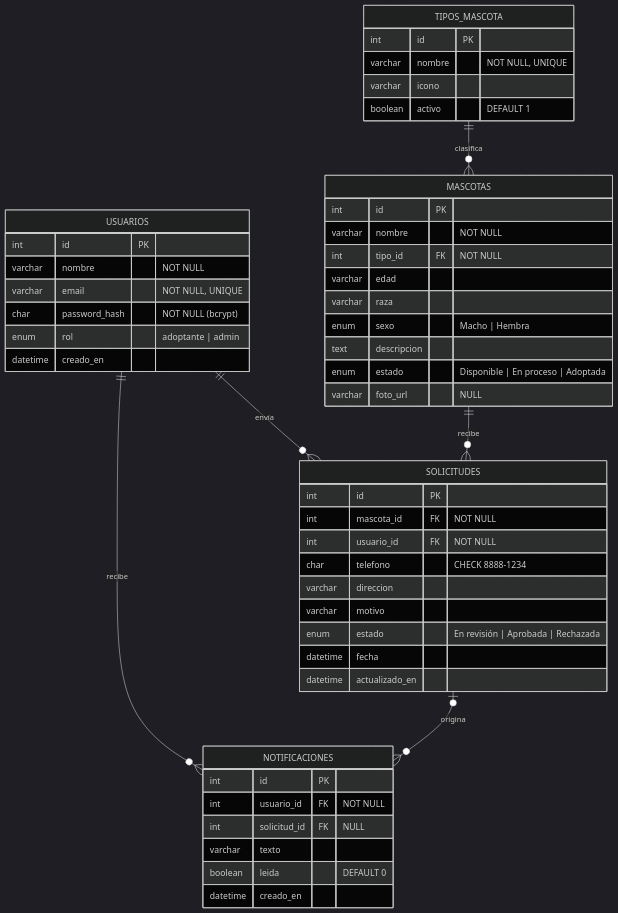
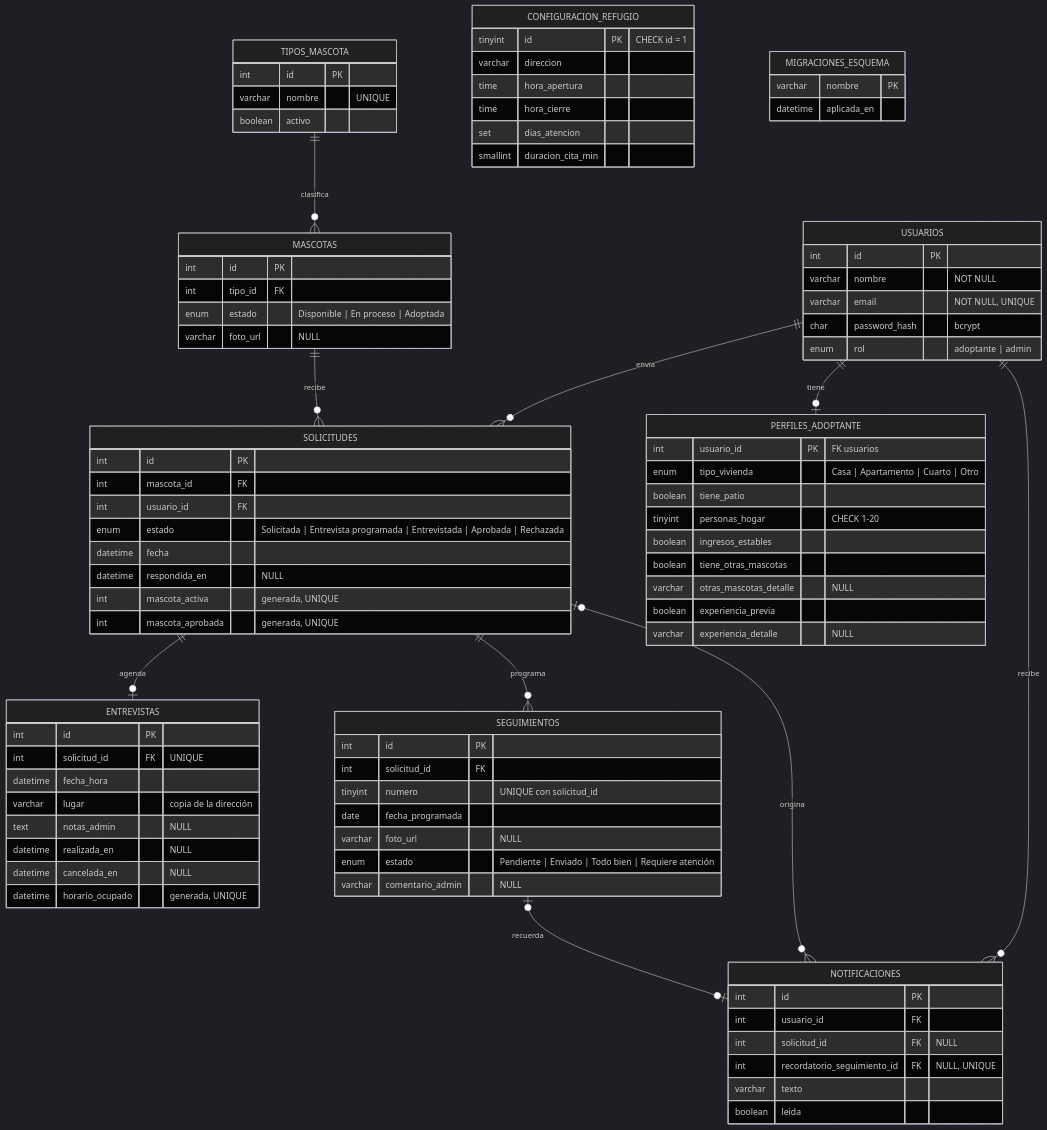
One commit to melanie05code/patitas-conectadas changed the diagram in docs/05_base_datos.md. Above: the diagram before and after it, drawn with Mermaid (dark theme). The commit also changed other lines of this file, not shown here.

Commit message:
docs: se actualizó la base de datos con el diagrama, el diccionario de datos y las transacciones

````diff
--- a/docs/05_base_datos.md
+++ b/docs/05_base_datos.md
@@ -12,53 +14,91 @@
 ```mermaid
 erDiagram
     USUARIOS ||--o{ SOLICITUDES : "envía"
+    USUARIOS ||--o| PERFILES_ADOPTANTE : "tiene"
     MASCOTAS ||--o{ SOLICITUDES : "recibe"
     TIPOS_MASCOTA ||--o{ MASCOTAS : "clasifica"
+    SOLICITUDES ||--o| ENTREVISTAS : "agenda"
+    SOLICITUDES ||--o{ SEGUIMIENTOS : "programa"
     USUARIOS ||--o{ NOTIFICACIONES : "recibe"
     SOLICITUDES |o--o{ NOTIFICACIONES : "origina"
+    SEGUIMIENTOS |o--o| NOTIFICACIONES : "recuerda"
 
     USUARIOS {
         int id PK
         varchar nombre "NOT NULL"
         varchar email "NOT NULL, UNIQUE"
-        char password_hash "NOT NULL (bcrypt)"
+        char password_hash "bcrypt"
         enum rol "adoptante | admin"
-        datetime creado_en
+    }
+    PERFILES_ADOPTANTE {
+        int usuario_id PK "FK usuarios"
+        enum tipo_vivienda "Casa | Apartamento | Cuarto | Otro"
+        boolean tiene_patio
+        tinyint personas_hogar "CHECK 1-20"
+        boolean ingresos_estables
+        boolean tiene_otras_mascotas
+        varchar otras_mascotas_detalle "NULL"
+        boolean experiencia_previa
+        varchar experiencia_detalle "NULL"
     }
     TIPOS_MASCOTA {
         int id PK
-        varchar nombre "NOT NULL, UNIQUE"
-        varchar icono
-        boolean activo "DEFAULT 1"
+        varchar nombre "UNIQUE"
+        boolean activo
     }
     MASCOTAS {
         int id PK
-        varchar nombre "NOT NULL"
-        int tipo_id FK "NOT NULL"
-        varchar edad
-        varchar raza
-        enum sexo "Macho | Hembra"
-        text descripcion
+        int tipo_id FK
         enum estado "Disponible | En proceso | Adoptada"
         varchar foto_url "NULL"
     }
     SOLICITUDES {
         int id PK
-        int mascota_id FK "NOT NULL"
-        int usuario_id FK "NOT NULL"
-        char telefono "CHECK 8888-1234"
-        varchar direccion
-        varchar motivo
-        enum estado "En revisión | Aprobada | Rechazada"
+        int mascota_id FK
+        int usuario_id FK
+        enum estado "Solicitada | Entrevista programada | Entrevistada | Aprobada | Rechazada"
         datetime fecha
-        datetime actualizado_en
+        datetime respondida_en "NULL"
+        int mascota_activa "generada, UNIQUE"
+        int mascota_aprobada "generada, UNIQUE"
+    }
+    ENTREVISTAS {
+        int id PK
+        int solicitud_id FK "UNIQUE"
+        datetime fecha_hora
+        varchar lugar "copia de la dirección"
+        text notas_admin "NULL"
+        datetime realizada_en "NULL"
+        datetime cancelada_en "NULL"
+        datetime horario_ocupado "generada, UNIQUE"
+    }
+    SEGUIMIENTOS {
+        int id PK
+        int solicitud_id FK
+        tinyint numero "UNIQUE con solicitud_id"
+        date fecha_programada
+        varchar foto_url "NULL"
+        enum estado "Pendiente | Enviado | Todo bien | Requiere atención"
+        varchar comentario_admin "NULL"
     }
     NOTIFICACIONES {
         int id PK
-        int usuario_id FK "NOT NULL"
+        int usuario_id FK
         int solicitud_id FK "NULL"
+        int recordatorio_seguimiento_id FK "NULL, UNIQUE"
         varchar texto
-        boolean leida "DEFAULT 0"
-        datetime creado_en
+        boolean leida
+    }
+    CONFIGURACION_REFUGIO {
+        tinyint id PK "CHECK id = 1"
+        varchar direccion
+        time hora_apertura
+        time hora_cierre
+        set dias_atencion
+        smallint duracion_cita_min
+    }
+    MIGRACIONES_ESQUEMA {
+        varchar nombre PK
+        datetime aplicada_en
     }
 ```
````
